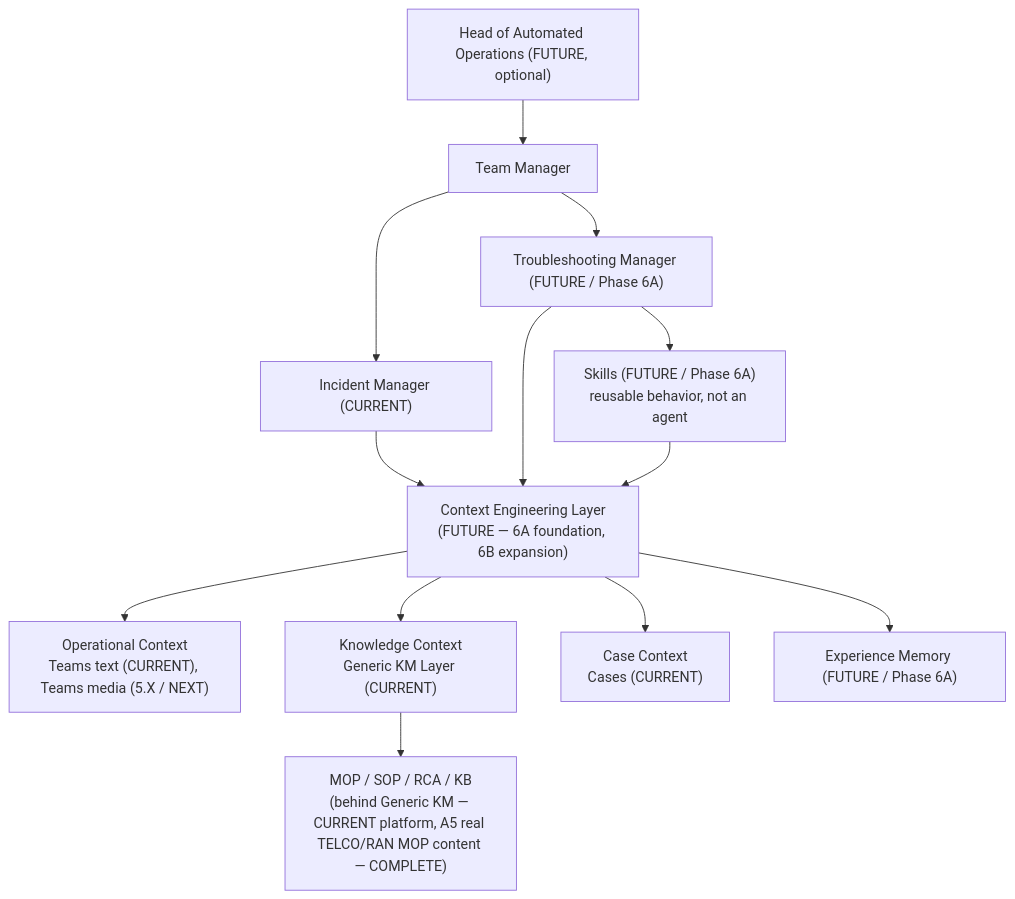
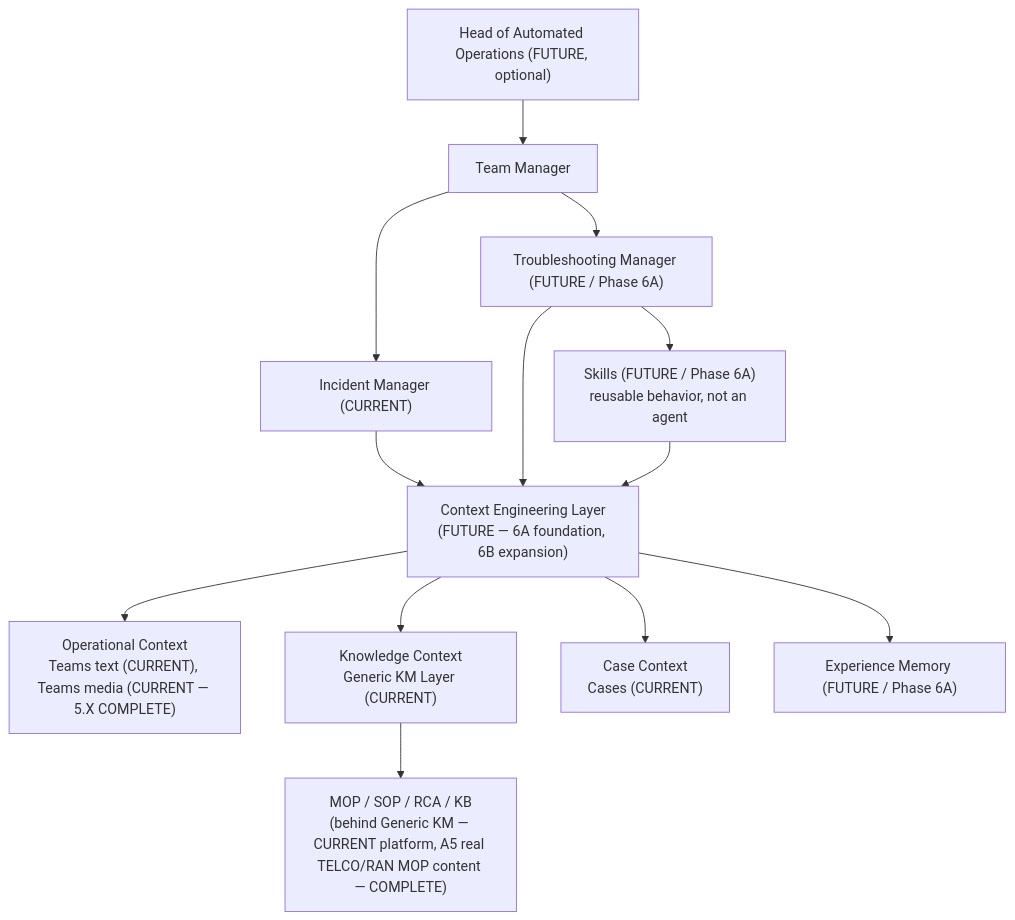
The third of 4 diagrams in README.md (drak0niii/SLOPANOC), drawn with Mermaid before and after one commit. The commit also changed other lines of this file and 7 other files, not shown here.

Commit message:
docs: establish canonical roadmap and defect governance

````diff
--- a/README.md
+++ b/README.md
@@ -207,15 +219,15 @@
 ```mermaid
 flowchart TD
     HOO["Head of Automated Operations (FUTURE, optional)"] --> TM[Team Manager]
     TM --> IM["Incident Manager (CURRENT)"]
     TM --> TSM["Troubleshooting Manager (FUTURE / Phase 6A)"]
     TSM --> SK["Skills (FUTURE / Phase 6A)<br/>reusable behavior, not an agent"]
     IM --> CEL["Context Engineering Layer<br/>(FUTURE — 6A foundation, 6B expansion)"]
     TSM --> CEL
     SK --> CEL
-    CEL --> OC["Operational Context<br/>Teams text (CURRENT), Teams media (5.X / NEXT)"]
+    CEL --> OC["Operational Context<br/>Teams text (CURRENT), Teams media (CURRENT — 5.X COMPLETE)"]
     CEL --> KC["Knowledge Context<br/>Generic KM Layer (CURRENT)"]
     CEL --> CC["Case Context<br/>Cases (CURRENT)"]
     CEL --> EM["Experience Memory (FUTURE / Phase 6A)"]
     KC --> KM["MOP / SOP / RCA / KB<br/>(behind Generic KM — CURRENT platform, A5 real TELCO/RAN MOP content — COMPLETE)"]
 ```
````
